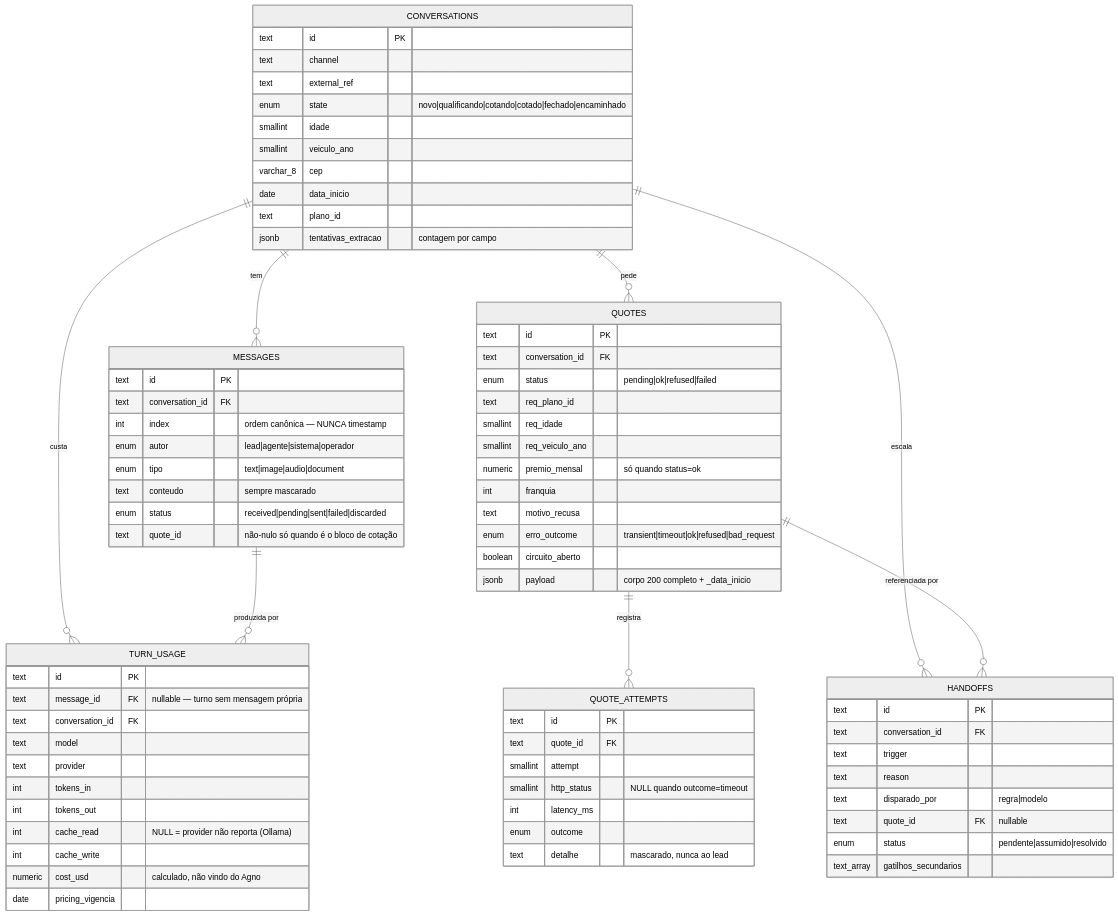
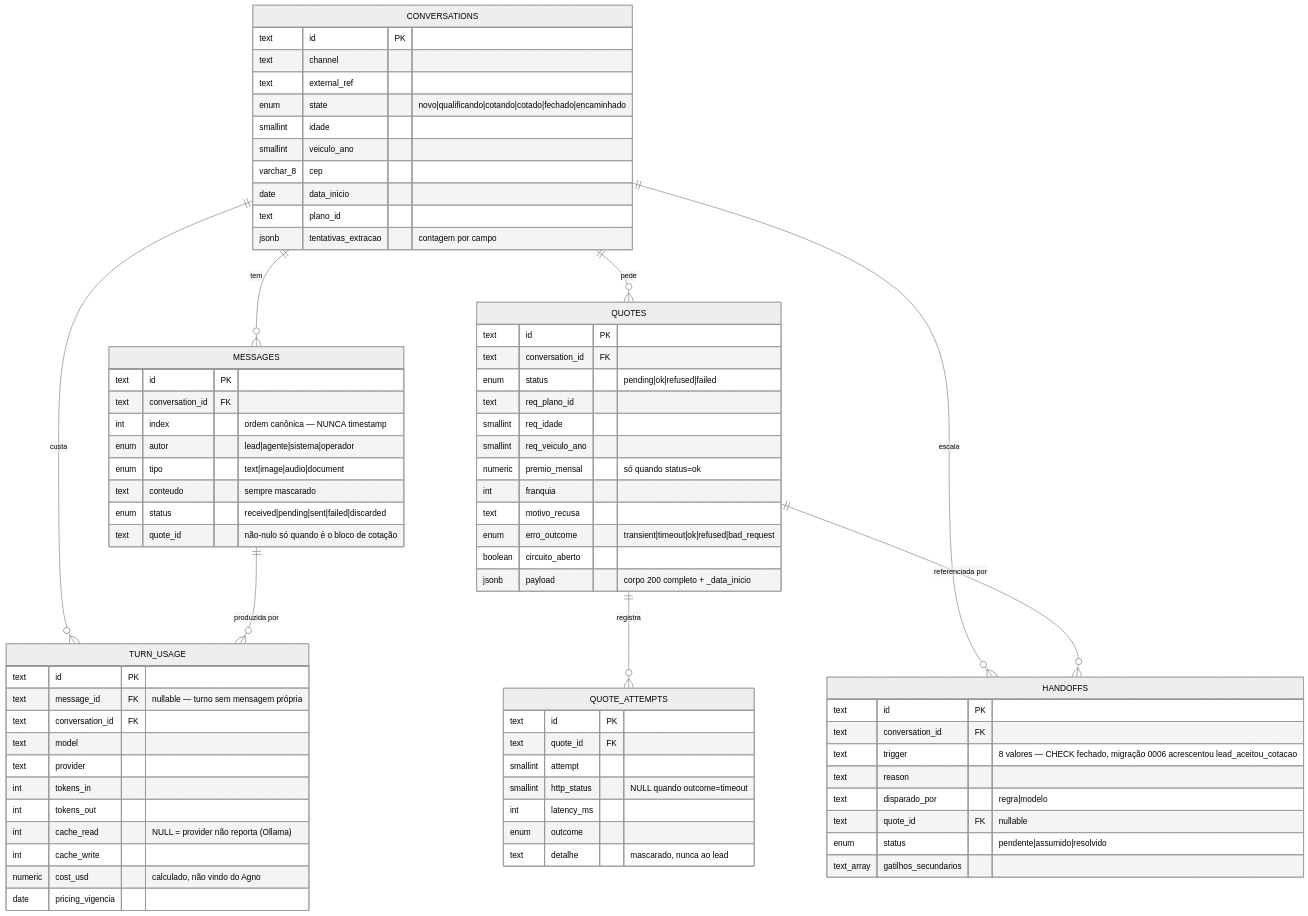
Before and after one commit to MateusNavarroR/mateus-fde-challenge: the fifth of 5 diagrams in docs/ARQUITETURA.md, drawn with Mermaid (neutral theme). The commit also changed other lines of this file and 30 other files, not shown here.

````diff
--- a/docs/ARQUITETURA.md
+++ b/docs/ARQUITETURA.md
@@ -306,79 +320,79 @@
 ```mermaid
 erDiagram
     CONVERSATIONS ||--o{ MESSAGES : "tem"
     CONVERSATIONS ||--o{ QUOTES : "pede"
     CONVERSATIONS ||--o{ HANDOFFS : "escala"
     CONVERSATIONS ||--o{ TURN_USAGE : "custa"
     QUOTES ||--o{ QUOTE_ATTEMPTS : "registra"
     QUOTES ||--o{ HANDOFFS : "referenciada por"
     MESSAGES ||--o{ TURN_USAGE : "produzida por"
 
     CONVERSATIONS {
         text id PK
         text channel
         text external_ref
         enum state "novo|qualificando|cotando|cotado|fechado|encaminhado"
         smallint idade
         smallint veiculo_ano
         varchar_8 cep
         date data_inicio
         text plano_id
         jsonb tentativas_extracao "contagem por campo"
     }
     MESSAGES {
         text id PK
         text conversation_id FK
         int index "ordem canônica — NUNCA timestamp"
         enum autor "lead|agente|sistema|operador"
         enum tipo "text|image|audio|document"
         text conteudo "sempre mascarado"
         enum status "received|pending|sent|failed|discarded"
         text quote_id "não-nulo só quando é o bloco de cotação"
     }
     QUOTES {
         text id PK
         text conversation_id FK
         enum status "pending|ok|refused|failed"
         text req_plano_id
         smallint req_idade
         smallint req_veiculo_ano
         numeric premio_mensal "só quando status=ok"
         int franquia
         text motivo_recusa
         enum erro_outcome "transient|timeout|ok|refused|bad_request"
         boolean circuito_aberto
         jsonb payload "corpo 200 completo + _data_inicio"
     }
     QUOTE_ATTEMPTS {
         text id PK
         text quote_id FK
         smallint attempt
         smallint http_status "NULL quando outcome=timeout"
         int latency_ms
         enum outcome
         text detalhe "mascarado, nunca ao lead"
     }
     HANDOFFS {
         text id PK
         text conversation_id FK
-        text trigger
+        text trigger "8 valores — CHECK fechado, migração 0006 acrescentou lead_aceitou_cotacao"
         text reason
         text disparado_por "regra|modelo"
         text quote_id FK "nullable"
         enum status "pendente|assumido|resolvido"
         text_array gatilhos_secundarios
     }
     TURN_USAGE {
         text id PK
         text message_id FK "nullable — turno sem mensagem própria"
         text conversation_id FK
         text model
         text provider
         int tokens_in
         int tokens_out
         int cache_read "NULL = provider não reporta (Ollama)"
         int cache_write
         numeric cost_usd "calculado, não vindo do Agno"
         date pricing_vigencia
     }
 ```
````
